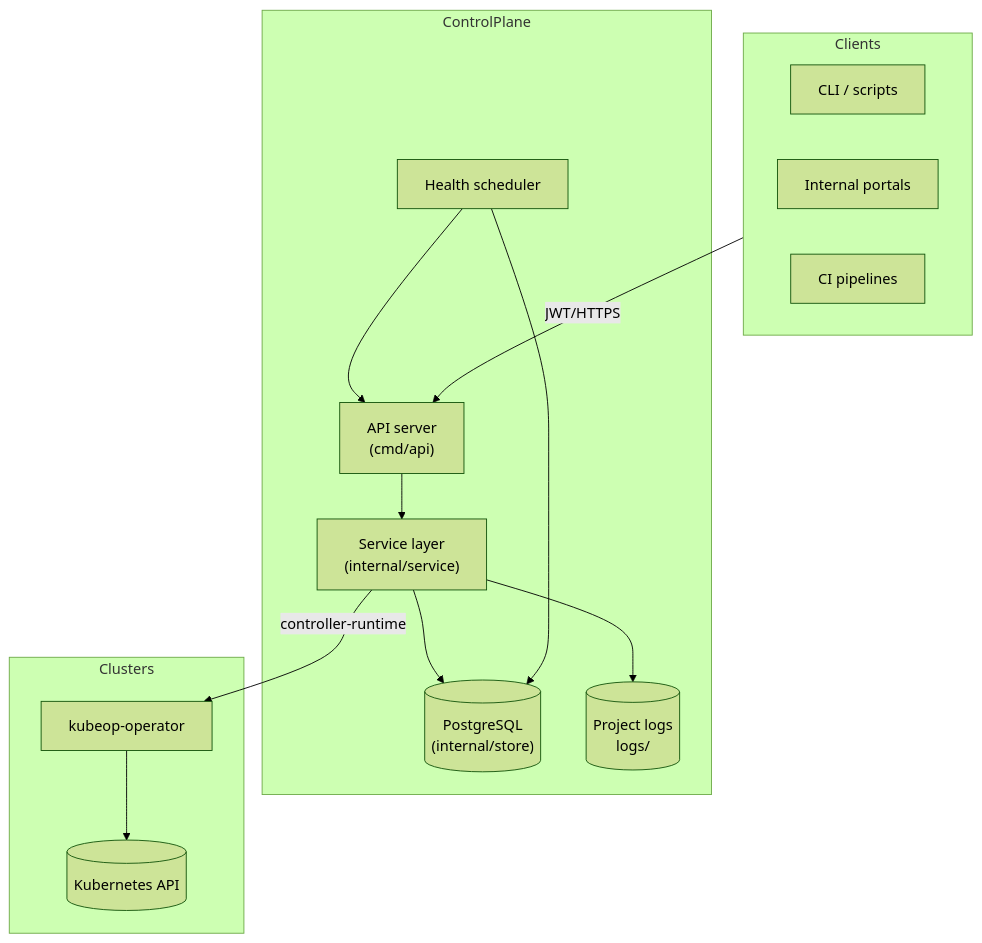
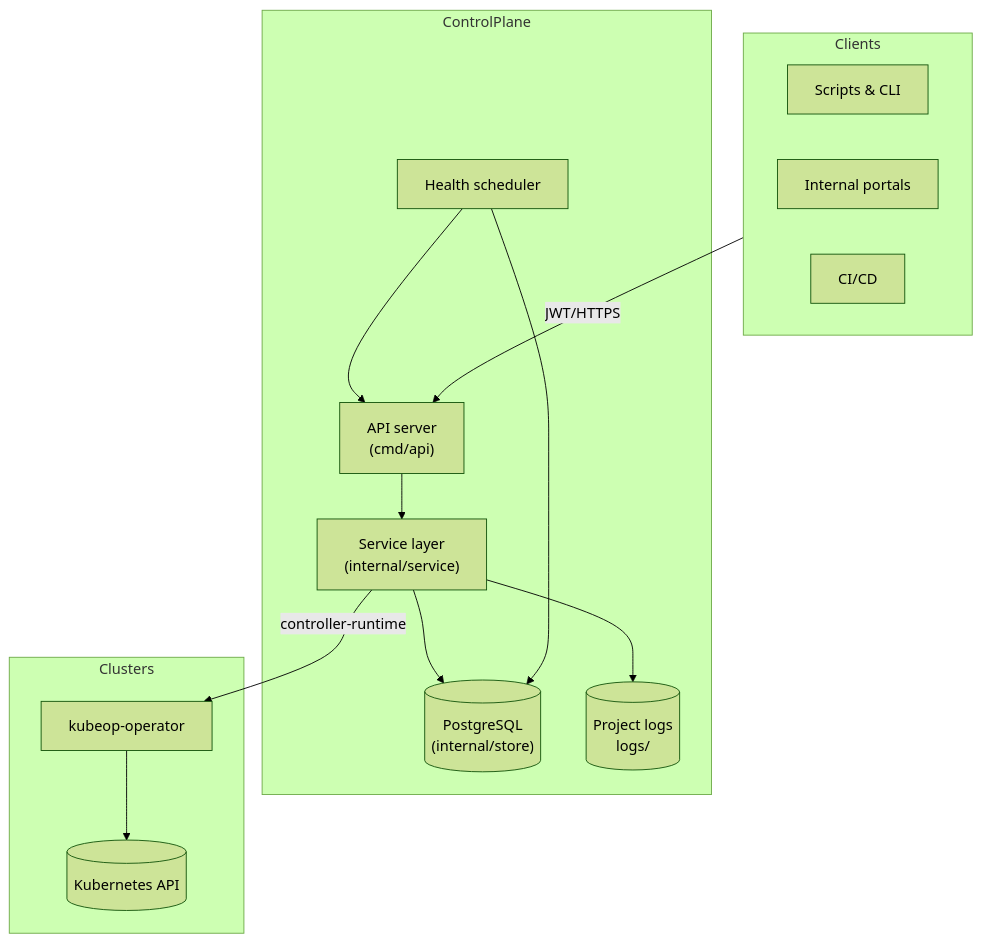
One commit to vaheed/kubeOP changed the first of 2 diagrams in docs/ARCHITECTURE.md. Above: the diagram before and after it, drawn with Mermaid (forest theme). The commit also changed other lines of this file and 36 other files, not shown here.

````diff
--- a/docs/ARCHITECTURE.md
+++ b/docs/ARCHITECTURE.md
@@ -8,27 +7,27 @@
 ```mermaid
 flowchart TD
   subgraph Clients
-    CLI["CLI / scripts"]
+    CLI["Scripts & CLI"]
     Portal["Internal portals"]
-    Automation["CI pipelines"]
+    Automation["CI/CD"]
   end
   subgraph ControlPlane
     API["API server\n(cmd/api)"]
     Service["Service layer\n(internal/service)"]
     Store[("PostgreSQL\n(internal/store)")]
     Scheduler["Health scheduler"]
-    Logs[("Project logs\nlogs/<id>")]
+    Logs[("Project logs\nlogs/<project>")]
   end
   subgraph Clusters
     Operator["kubeop-operator"]
     KubeAPI[("Kubernetes API")]
   end
   Clients -->|JWT/HTTPS| API
   API --> Service
   Service --> Store
   Service --> Logs
   Service -->|controller-runtime| Operator
   Operator --> KubeAPI
   Scheduler --> Store
   Scheduler --> API
 ```
````
